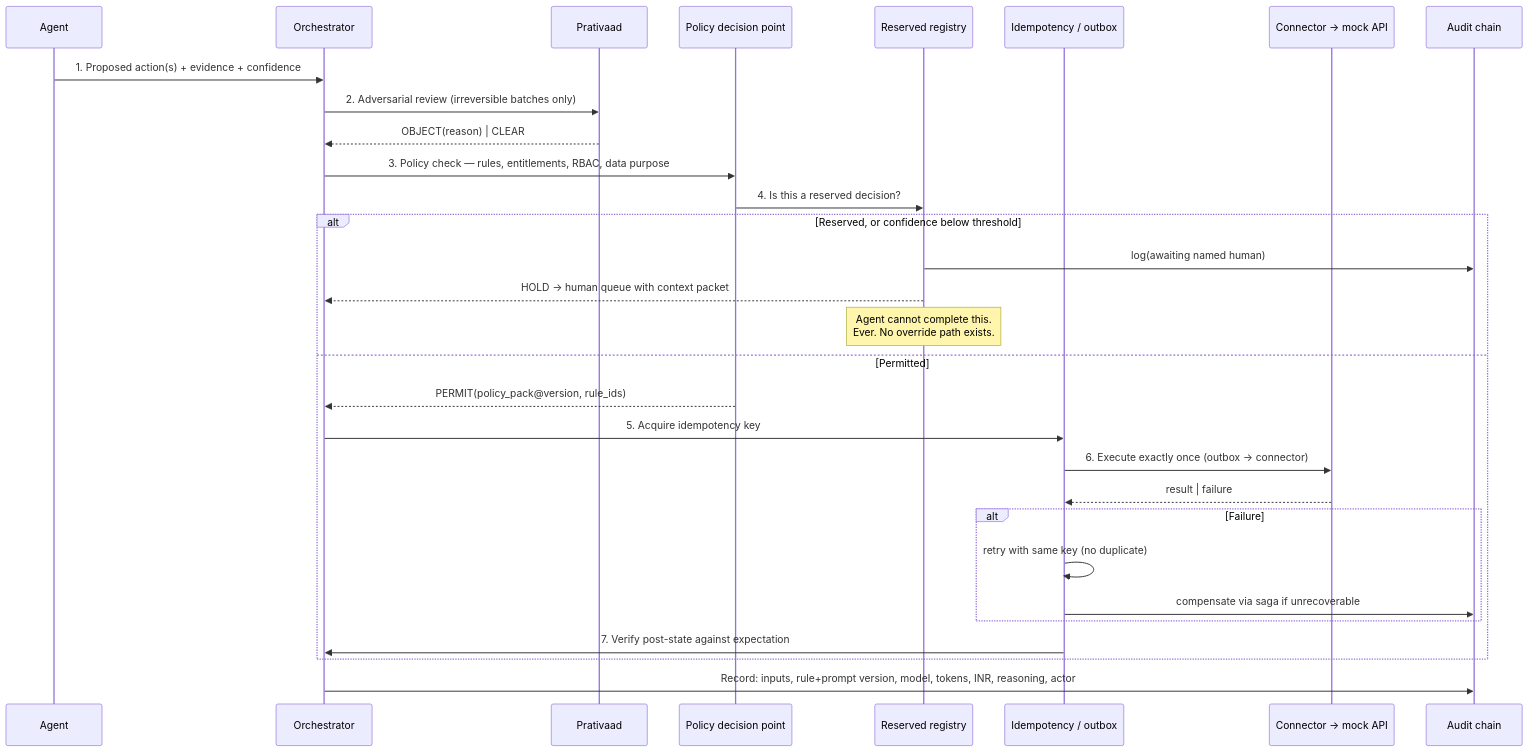
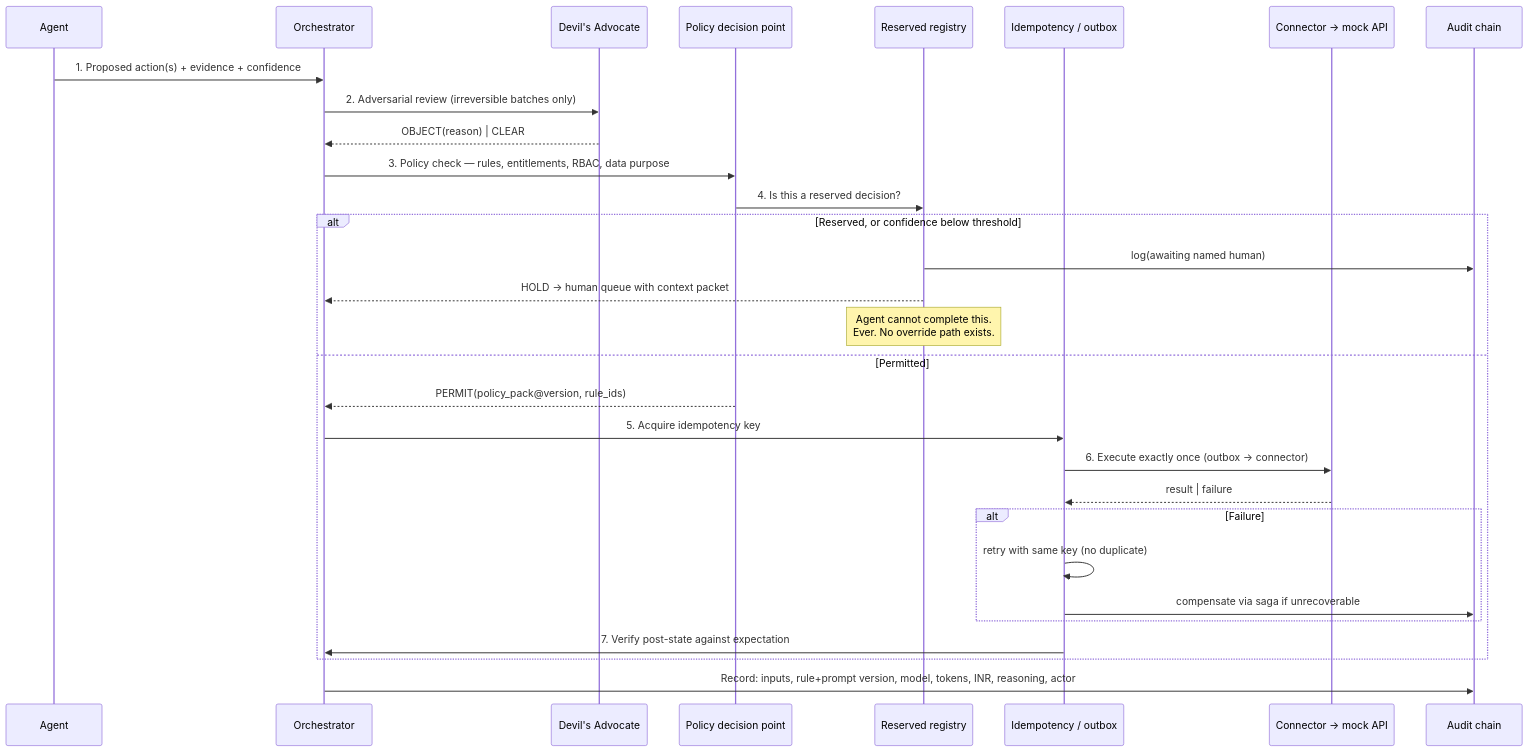
Before and after one commit to sumeettummarmatti/Darwin: the second of 5 diagrams in DESIGN.md, drawn with Mermaid. The commit also changed other lines of this file and 23 other files, not shown here.

First line of the commit message:
docs: rename to HR Autopilot, Gatekeeper, Devil's Advocate and FairHire

````diff
--- a/DESIGN.md
+++ b/DESIGN.md
@@ -477,33 +477,33 @@
 ```mermaid
 sequenceDiagram
     participant A as Agent
     participant O as Orchestrator
-    participant DA as Prativaad
+    participant DA as Devil's Advocate
     participant P as Policy decision point
     participant R as Reserved registry
     participant I as Idempotency / outbox
     participant X as Connector → mock API
     participant L as Audit chain
 
     A->>O: 1. Proposed action(s) + evidence + confidence
     O->>DA: 2. Adversarial review (irreversible batches only)
     DA-->>O: OBJECT(reason) | CLEAR
     O->>P: 3. Policy check — rules, entitlements, RBAC, data purpose
     P->>R: 4. Is this a reserved decision?
     alt Reserved, or confidence below threshold
         R->>L: log(awaiting named human)
         R-->>O: HOLD → human queue with context packet
         Note over R: Agent cannot complete this.<br/>Ever. No override path exists.
     else Permitted
         P-->>O: PERMIT(policy_pack@version, rule_ids)
         O->>I: 5. Acquire idempotency key
         I->>X: 6. Execute exactly once (outbox → connector)
         X-->>I: result | failure
         alt Failure
             I->>I: retry with same key (no duplicate)
             I->>L: compensate via saga if unrecoverable
         end
         I->>O: 7. Verify post-state against expectation
     end
     O->>L: Record: inputs, rule+prompt version, model, tokens, INR, reasoning, actor
 ```
````
